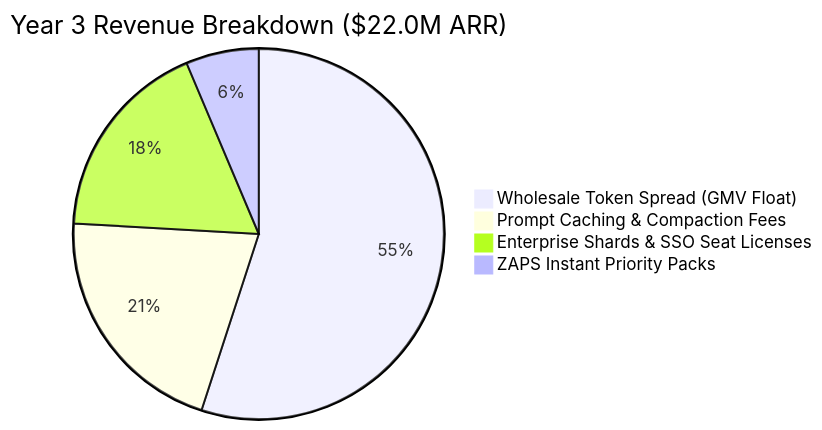
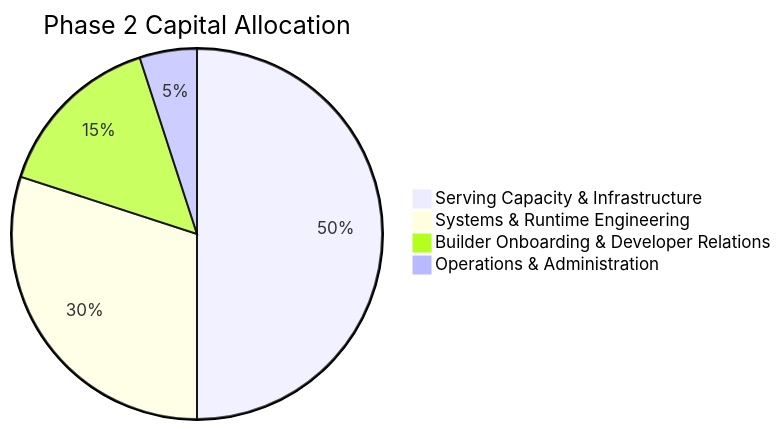
The second of 2 diagrams in docs/investors/06_FINANCIAL_PROJECTIONS_AND_MODEL.md (CardSorting/GALXAI), drawn with Mermaid before and after one commit. The commit also changed other lines of this file and 48 other files, not shown here.

````diff
--- a/docs/investors/06_FINANCIAL_PROJECTIONS_AND_MODEL.md
+++ b/docs/investors/06_FINANCIAL_PROJECTIONS_AND_MODEL.md
@@ -60,7 +61,7 @@
 ```mermaid
-pie title Year 3 Revenue Breakdown ($22.0M ARR)
-    "Wholesale Token Spread (GMV Float)" : 12.1
-    "Prompt Caching & Compaction Fees" : 4.6
-    "Enterprise Shards & SSO Seat Licenses" : 3.9
-    "ZAPS Instant Priority Packs" : 1.4
+pie title Phase 2 Capital Allocation
+    "Serving Capacity & Infrastructure" : 50
+    "Systems & Runtime Engineering" : 30
+    "Builder Onboarding & Developer Relations" : 15
+    "Operations & Administration" : 5
 ```
````
